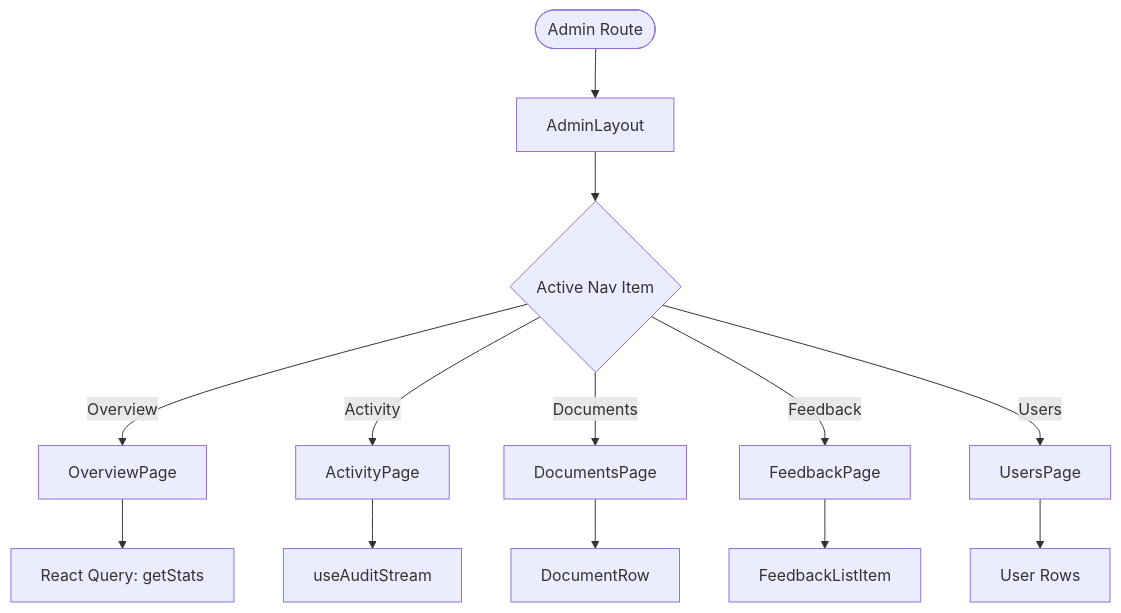
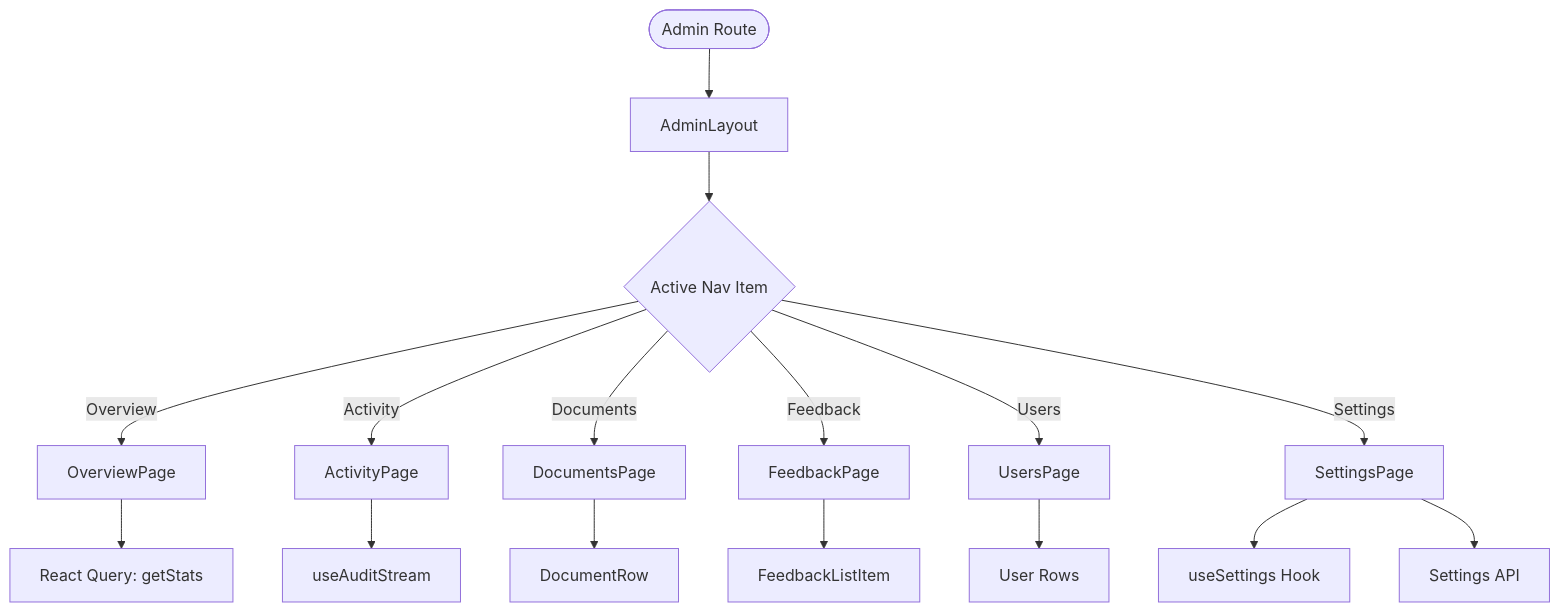
The sixth of 12 diagrams in .qoder/repowiki/en/content/Architecture and Design/Frontend Architecture.md (genes8/private-ai), drawn with Mermaid before and after one commit. The commit also changed other lines of this file and 55 other files, not shown here.

````diff
--- a/.qoder/repowiki/en/content/Architecture and Design/Frontend Architecture.md
+++ b/.qoder/repowiki/en/content/Architecture and Design/Frontend Architecture.md
@@ -264,15 +351,18 @@
 ```mermaid
 flowchart TD
 Start(["Admin Route"]) --> AL["AdminLayout"]
 AL --> Nav{"Active Nav Item"}
 Nav --> |Overview| OP["OverviewPage"]
 Nav --> |Activity| AP["ActivityPage"]
 Nav --> |Documents| DP["DocumentsPage"]
 Nav --> |Feedback| FP["FeedbackPage"]
 Nav --> |Users| UP["UsersPage"]
+Nav --> |Settings| SP["SettingsPage"]
+SP --> HS["useSettings Hook"]
+SP --> SS["Settings API"]
 OP --> Stats["React Query: getStats"]
 AP --> Stream["useAuditStream"]
 DP --> List["DocumentRow"]
 FP --> ListFB["FeedbackListItem"]
 UP --> ListU["User Rows"]
 ```
````
